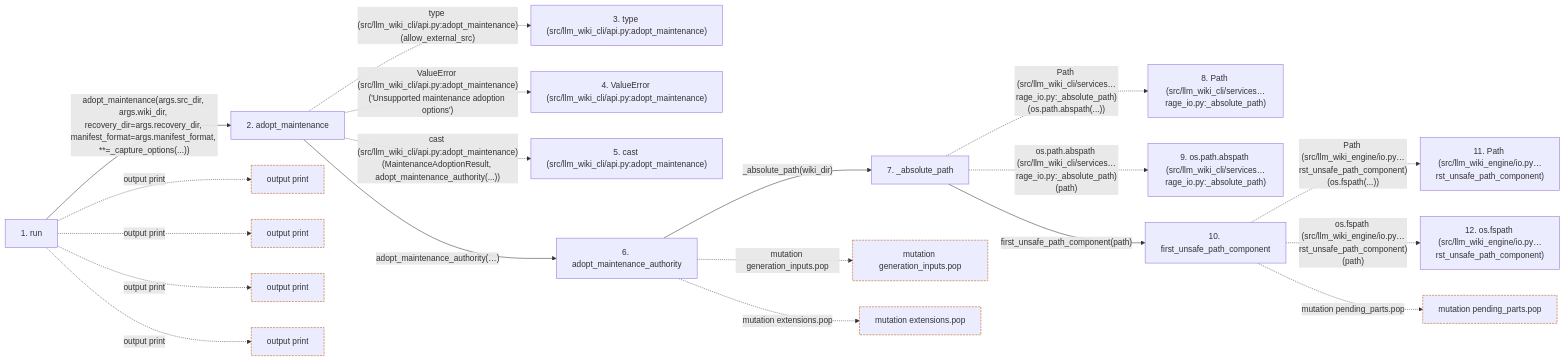
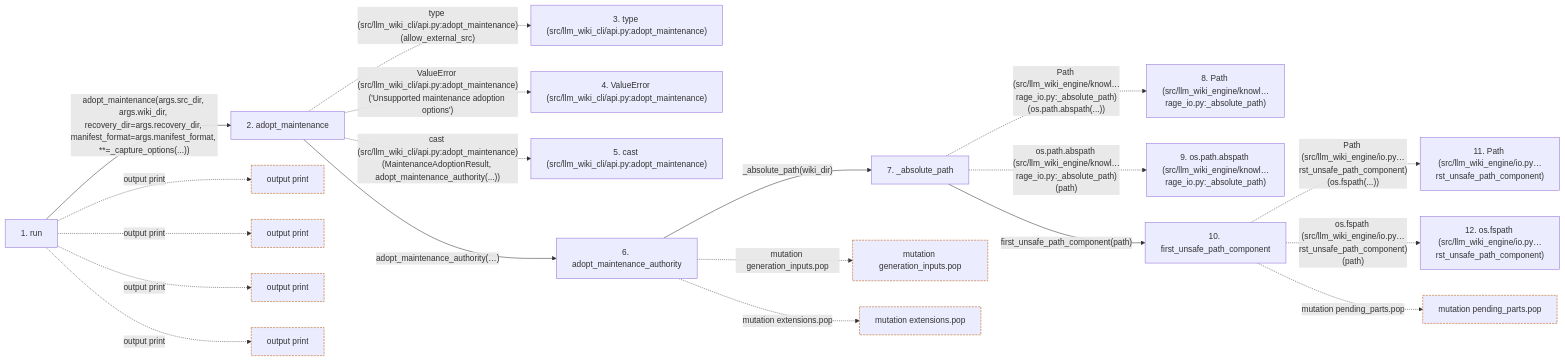
Before and after one commit to Denissvgn/python-wiki-llm: the second of 2 diagrams in docs/llm_wiki/flows/cli-maintenance.md, drawn with Mermaid. The commit also changed other lines of this file and 1058 other files, not shown here.

````diff
--- a/docs/llm_wiki/flows/cli-maintenance.md
+++ b/docs/llm_wiki/flows/cli-maintenance.md
@@ -197,53 +197,53 @@
 ```mermaid
 flowchart LR
     s1["1. run"]
     s2["2. adopt_maintenance"]
     s3["3. type (src/llm_wiki_cli/api.py:adopt_maintenance)"]
     s4["4. ValueError (src/llm_wiki_cli/api.py:adopt_maintenance)"]
     s5["5. cast (src/llm_wiki_cli/api.py:adopt_maintenance)"]
     s6["6. adopt_maintenance_authority"]
     s7["7. _absolute_path"]
-    s8["8. Path (src/llm_wiki_cli/services…rage_io.py:_absolute_path)"]
-    s9["9. os.path.abspath (src/llm_wiki_cli/services…rage_io.py:_absolute_path)"]
+    s8["8. Path (src/llm_wiki_engine/knowl…rage_io.py:_absolute_path)"]
+    s9["9. os.path.abspath (src/llm_wiki_engine/knowl…rage_io.py:_absolute_path)"]
     s10["10. first_unsafe_path_component"]
     s11["11. Path (src/llm_wiki_engine/io.py…rst_unsafe_path_component)"]
     s12["12. os.fspath (src/llm_wiki_engine/io.py…rst_unsafe_path_component)"]
     s1 -->|"adopt_maintenance(args.src_dir, args.wiki_dir, recovery_dir=args.recovery_dir, manifest_format=args.manifest_format, **=_capture_options(...))"| s2
     s2 -. "type (src/llm_wiki_cli/api.py:adopt_maintenance)(allow_external_src)" .-> s3
     s2 -. "ValueError (src/llm_wiki_cli/api.py:adopt_maintenance)('Unsupported maintenance adoption options')" .-> s4
     s2 -. "cast (src/llm_wiki_cli/api.py:adopt_maintenance)(MaintenanceAdoptionResult, adopt_maintenance_authority(...))" .-> s5
     s2 -->|"adopt_maintenance_authority(…)"| s6
     s6 -->|"_absolute_path(wiki_dir)"| s7
-    s7 -. "Path (src/llm_wiki_cli/services…rage_io.py:_absolute_path)(os.path.abspath(...))" .-> s8
-    s7 -. "os.path.abspath (src/llm_wiki_cli/services…rage_io.py:_absolute_path)(path)" .-> s9
+    s7 -. "Path (src/llm_wiki_engine/knowl…rage_io.py:_absolute_path)(os.path.abspath(...))" .-> s8
+    s7 -. "os.path.abspath (src/llm_wiki_engine/knowl…rage_io.py:_absolute_path)(path)" .-> s9
     s7 -->|"first_unsafe_path_component(path)"| s10
     s10 -. "Path (src/llm_wiki_engine/io.py…rst_unsafe_path_component)(os.fspath(...))" .-> s11
     s10 -. "os.fspath (src/llm_wiki_engine/io.py…rst_unsafe_path_component)(path)" .-> s12
     b0["output print"]
     s1 -. "output print" .-> b0
     b1["output print"]
     s1 -. "output print" .-> b1
     b2["output print"]
     s1 -. "output print" .-> b2
     b3["output print"]
     s1 -. "output print" .-> b3
     b4["mutation generation_inputs.pop"]
     s6 -. "mutation generation_inputs.pop" .-> b4
     b5["mutation extensions.pop"]
     s6 -. "mutation extensions.pop" .-> b5
     b6["mutation pending_parts.pop"]
     s10 -. "mutation pending_parts.pop" .-> b6
     click s1 "../modules/maintenance_cmd.md"
     click s2 "../modules/api.md"
     click s6 "../modules/maintenance_service.md"
     click s7 "../modules/knowledge_storage_io.md"
     click s10 "../modules/io.md"
     classDef boundary stroke:#b45309,stroke-dasharray: 4 2
     class b0 boundary
     class b1 boundary
     class b2 boundary
     class b3 boundary
     class b4 boundary
     class b5 boundary
     class b6 boundary
 ```
````
